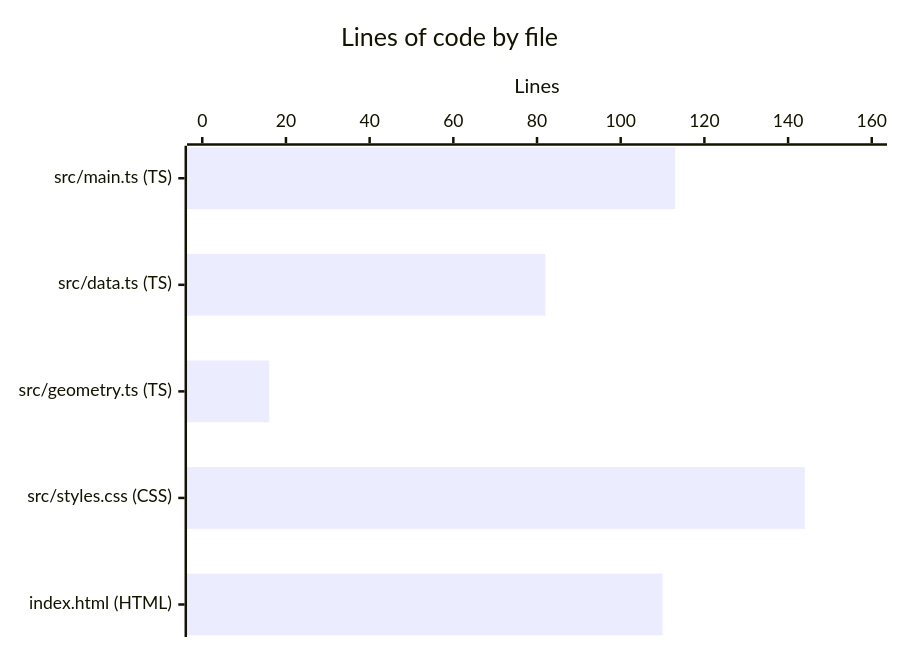
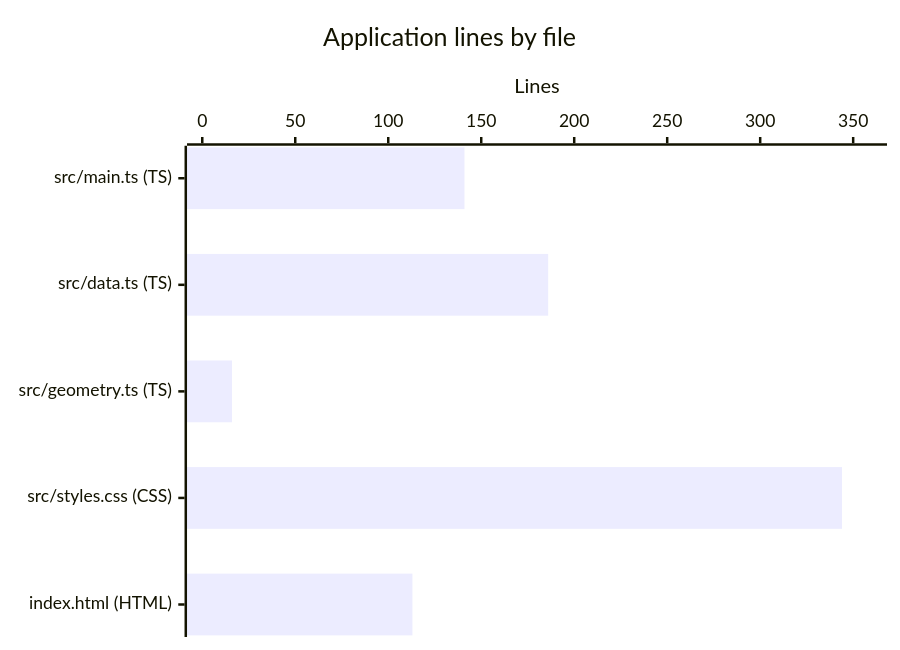
Before and after one commit to FranklinP44/ikigai: the second of 3 diagrams in droid-wiki/overview/architecture.md, drawn with Mermaid. The commit also changed other lines of this file and 28 other files, not shown here.

````diff
--- a/droid-wiki/overview/architecture.md
+++ b/droid-wiki/overview/architecture.md
@@ -28,7 +30,7 @@
 ```mermaid
 xychart-beta horizontal
-    title "Lines of code by file"
+    title "Application lines by file"
     x-axis ["src/main.ts (TS)", "src/data.ts (TS)", "src/geometry.ts (TS)", "src/styles.css (CSS)", "index.html (HTML)"]
-    y-axis "Lines" 0 --> 160
-    bar [113, 82, 16, 144, 110]
+    y-axis "Lines" 0 --> 360
+    bar [141, 186, 16, 344, 113]
 ```
````
